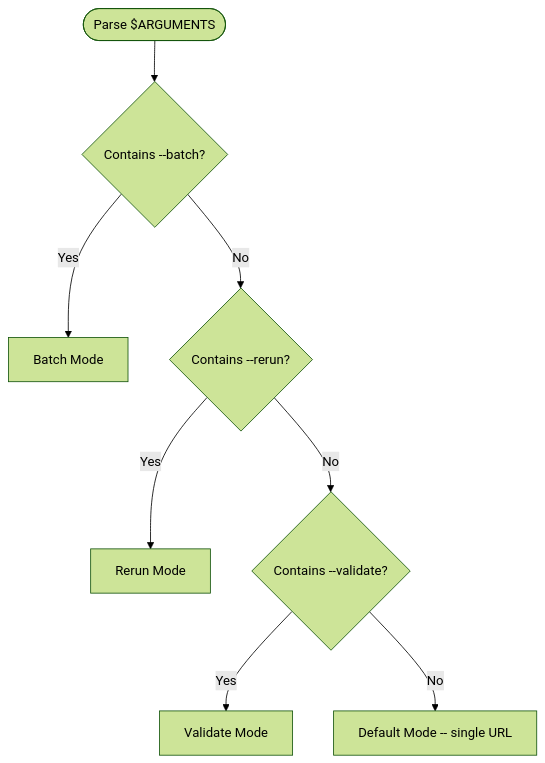
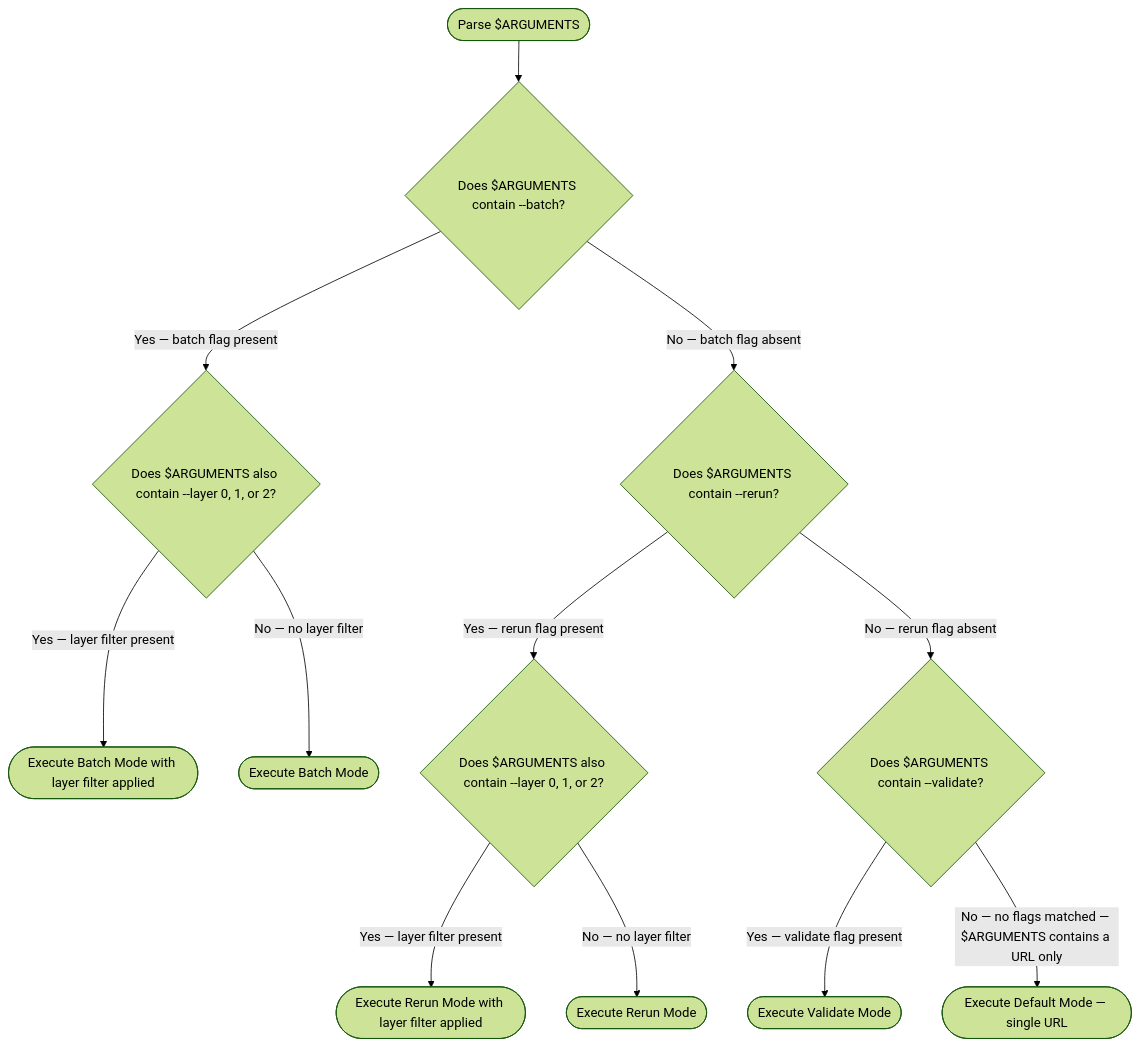
One commit to chgreer1070/claude_skills changed the first of 4 diagrams in .claude/skills/research-curator/SKILL.md. Above: the diagram before and after it, drawn with Mermaid (forest theme). The commit also changed other lines of this file and 1 other file, not shown here.

Commit message:
docs(research-curator): update skill documentation and batch-mode reference

````diff
--- a/.claude/skills/research-curator/SKILL.md
+++ b/.claude/skills/research-curator/SKILL.md
@@ -17,10 +24,14 @@
 ```mermaid
 flowchart TD
-    Start(["Parse $ARGUMENTS"]) --> Q1{Contains --batch?}
-    Q1 -->|Yes| Batch[Batch Mode]
-    Q1 -->|No| Q2{Contains --rerun?}
-    Q2 -->|Yes| Rerun[Rerun Mode]
-    Q2 -->|No| Q3{Contains --validate?}
-    Q3 -->|Yes| Validate[Validate Mode]
-    Q3 -->|No| Default[Default Mode -- single URL]
+    Start(["Parse $ARGUMENTS"]) --> Q1{"Does $ARGUMENTS contain --batch?"}
+    Q1 -->|"Yes — batch flag present"| Q1Layer{"Does $ARGUMENTS also contain --layer 0, 1, or 2?"}
+    Q1 -->|"No — batch flag absent"| Q2{"Does $ARGUMENTS contain --rerun?"}
+    Q1Layer -->|"Yes — layer filter present"| BatchLayer(["Execute Batch Mode with layer filter applied"])
+    Q1Layer -->|"No — no layer filter"| Batch(["Execute Batch Mode"])
+    Q2 -->|"Yes — rerun flag present"| Q2Layer{"Does $ARGUMENTS also contain --layer 0, 1, or 2?"}
+    Q2 -->|"No — rerun flag absent"| Q3{"Does $ARGUMENTS contain --validate?"}
+    Q2Layer -->|"Yes — layer filter present"| RerunLayer(["Execute Rerun Mode with layer filter applied"])
+    Q2Layer -->|"No — no layer filter"| Rerun(["Execute Rerun Mode"])
+    Q3 -->|"Yes — validate flag present"| Validate(["Execute Validate Mode"])
+    Q3 -->|"No — no flags matched — $ARGUMENTS contains a URL only"| Default(["Execute Default Mode — single URL"])
 ```
````
